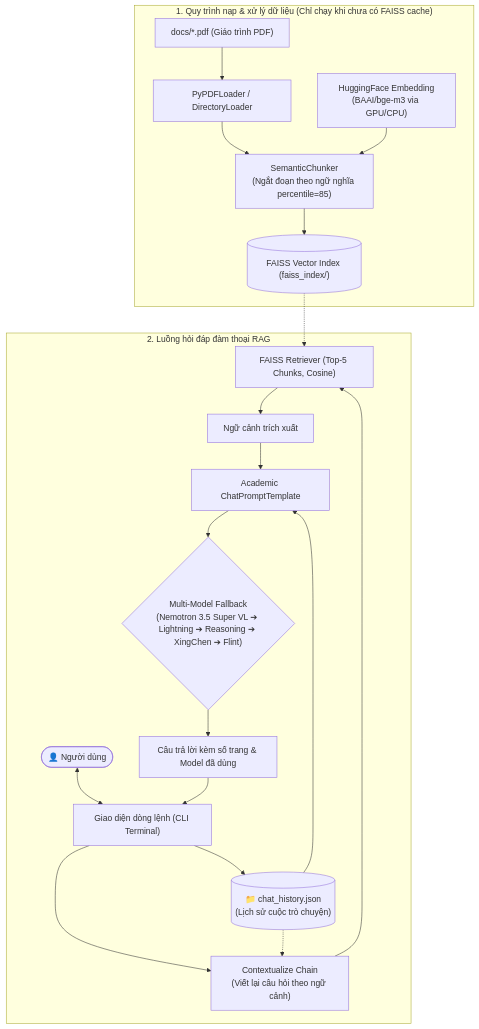
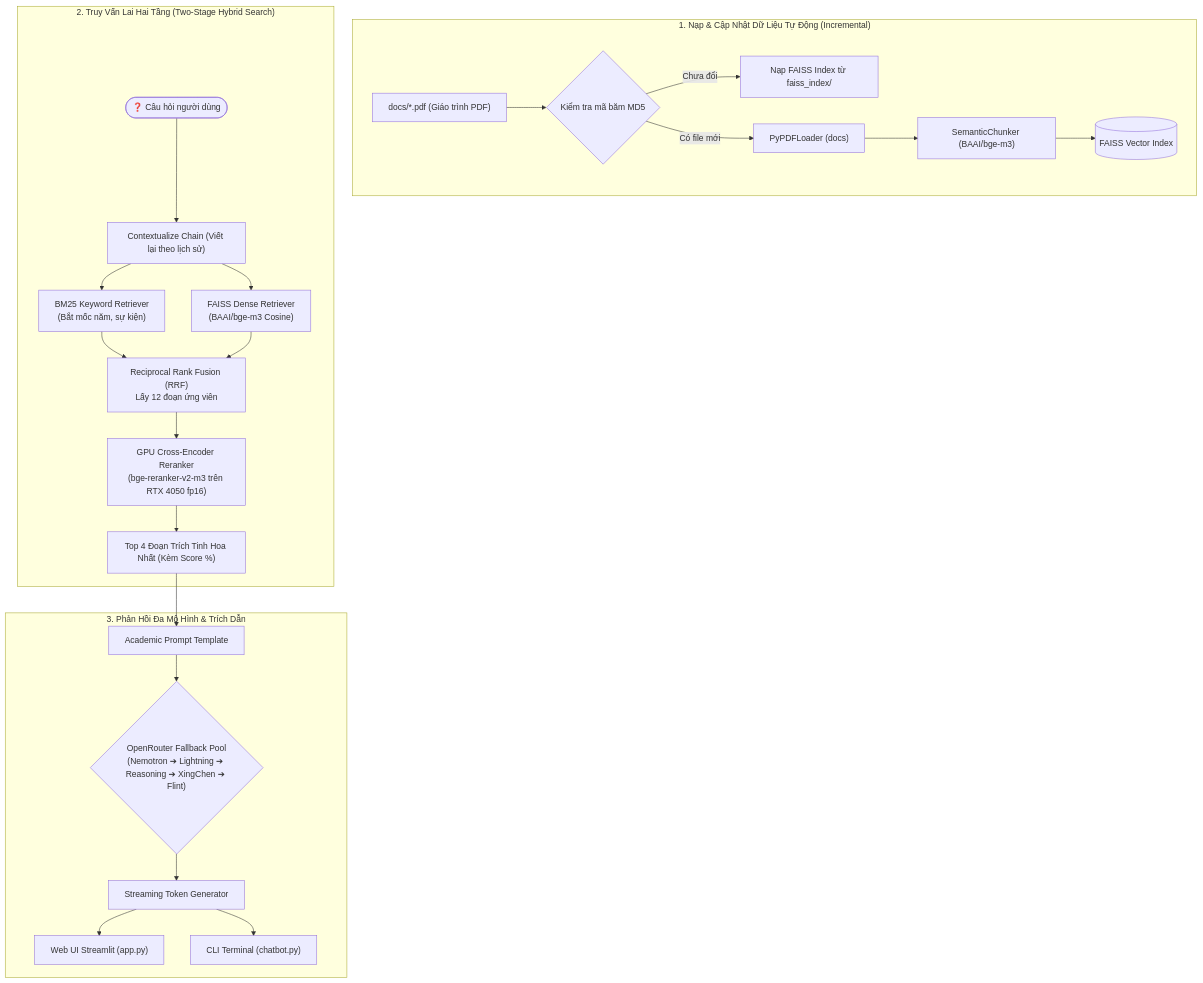
One commit to KhaiPhong25/chatbot_rag changed the diagram in README.md. Above: the diagram before and after it, drawn with Mermaid. The commit also changed other lines of this file and 2 other files, not shown here.

Commit message:
docs: update README.md and requirements.txt for RAG v2.2 with GPU reranker and web UI

````diff
--- a/README.md
+++ b/README.md
@@ -33,23 +44,27 @@
 ```mermaid
 flowchart TD
-    subgraph Ingestion ["1. Quy trình nạp & xử lý dữ liệu (Chỉ chạy khi chưa có FAISS cache)"]
-        PDF["docs/*.pdf (Giáo trình PDF)"] --> Loader["PyPDFLoader / DirectoryLoader"]
-        EmbedInit["HuggingFace Embedding\n(BAAI/bge-m3 via GPU/CPU)"]
-        Loader & EmbedInit --> Splitter["SemanticChunker\n(Ngắt đoạn theo ngữ nghĩa percentile=85)"]
-        Splitter --> Index[("FAISS Vector Index (faiss_index/)")]
+    subgraph DataIngestion ["1. Nạp & Cập Nhật Dữ Liệu Tự Động (Incremental)"]
+        PDF["docs/*.pdf (Giáo trình PDF)"] --> MD5Check{"Kiểm tra mã băm MD5"}
+        MD5Check -->|Chưa đổi| UseCache["Nạp FAISS Index từ faiss_index/"]
+        MD5Check -->|Có file mới| PyPDF["PyPDFLoader (docs)"]
+        PyPDF --> Chunking["SemanticChunker (BAAI/bge-m3)"]
+        Chunking --> UpdateIndex[("FAISS Vector Index")]
     end
 
-    subgraph Chatbot ["2. Luồng hỏi đáp đàm thoại RAG"]
-        User(["👤 Người dùng"]) <--> CLI["Giao diện dòng lệnh (CLI Terminal)"]
-        CLI --> History[("📁 chat_history.json\n(Lịch sử cuộc trò chuyện)")]
-        CLI --> ContextChain["Contextualize Chain\n(Viết lại câu hỏi theo ngữ cảnh)"]
-        History -.-> ContextChain
-        ContextChain --> Retriever["FAISS Retriever (Top-5 Chunks, Cosine)"]
-        Index -.-> Retriever
-        Retriever --> Context["Ngữ cảnh trích xuất"]
-        Context & History --> Prompt["Academic ChatPromptTemplate"]
-        Prompt --> LLM{"Multi-Model Fallback\n(Nemotron 3.5 Super VL ➔ Lightning ➔ Reasoning ➔ XingChen ➔ Flint)"}
-        LLM --> Output["Câu trả lời kèm số trang & Model đã dùng"]
-        Output --> CLI
+    subgraph DualRetrieval ["2. Truy Vấn Lai Hai Tầng (Two-Stage Hybrid Search)"]
+        UserQuery(["❓ Câu hỏi người dùng"]) --> Rewriter["Contextualize Chain (Viết lại theo lịch sử)"]
+        Rewriter --> BM25["BM25 Keyword Retriever\n(Bắt mốc năm, sự kiện)"]
+        Rewriter --> Dense["FAISS Dense Retriever\n(BAAI/bge-m3 Cosine)"]
+        BM25 & Dense --> RRF["Reciprocal Rank Fusion (RRF)\nLấy 12 đoạn ứng viên"]
+        RRF --> Reranker["GPU Cross-Encoder Reranker\n(bge-reranker-v2-m3 trên RTX 4050 fp16)"]
+        Reranker --> TopK["Top 4 Đoạn Trích Tinh Hoa Nhất (Kèm Score %)"]
+    end
+
+    subgraph Generation ["3. Phản Hồi Đa Mô Hình & Trích Dẫn"]
+        TopK --> Prompt["Academic Prompt Template"]
+        Prompt --> FallbackLLM{"OpenRouter Fallback Pool\n(Nemotron ➔ Lightning ➔ Reasoning ➔ XingChen ➔ Flint)"}
+        FallbackLLM --> Stream["Streaming Token Generator"]
+        Stream --> WebUI["Web UI Streamlit (app.py)"]
+        Stream --> TerminalUI["CLI Terminal (chatbot.py)"]
     end
 ```
````
